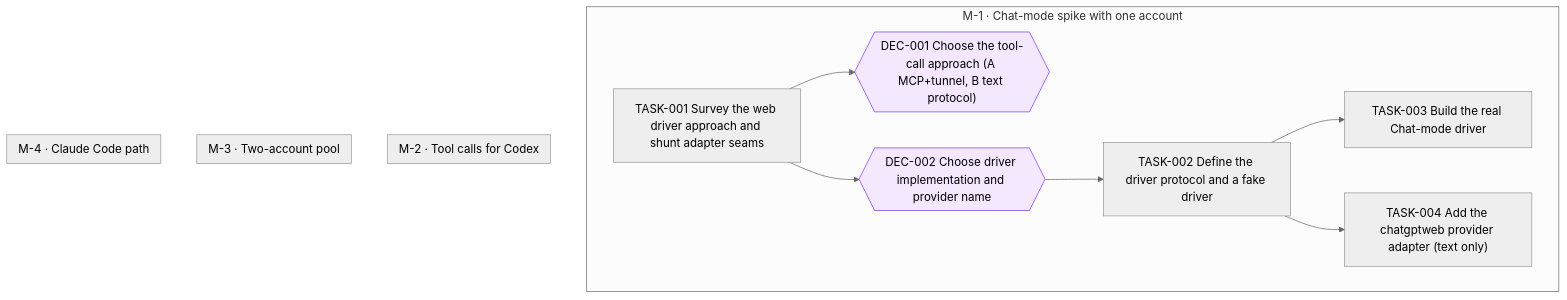
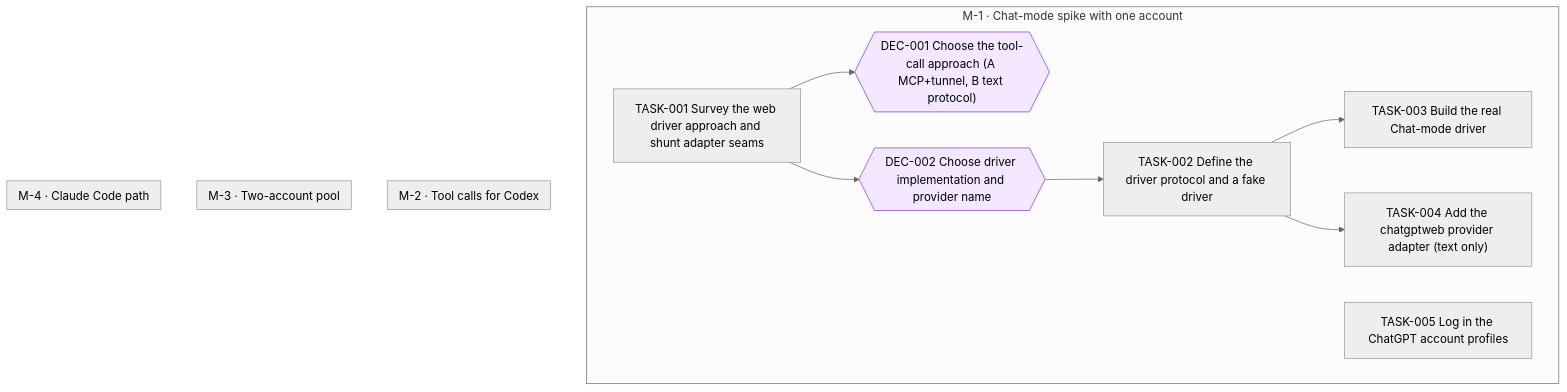
The diagram in goals/chatgptweb-provider/README.md (jesusvillota/shunt), drawn with Mermaid (neutral theme) before and after one commit. The commit also changed 1 other file, not shown here.

Commit message:
goal(chatgptweb-provider): add TASK-005 Log in the ChatGPT account profiles

````diff
--- a/goals/chatgptweb-provider/README.md
+++ b/goals/chatgptweb-provider/README.md
@@ -132,27 +132,28 @@
 ```mermaid
 flowchart TD
   subgraph M_1["M-1 · Chat-mode spike with one account"]
     DEC_001{{"DEC-001 Choose the tool-call approach (A MCP+tunnel, B text protocol)"}}
     DEC_002{{"DEC-002 Choose driver implementation and provider name"}}
     TASK_001["TASK-001 Survey the web driver approach and shunt adapter seams"]
     TASK_002["TASK-002 Define the driver protocol and a fake driver"]
     TASK_003["TASK-003 Build the real Chat-mode driver"]
     TASK_004["TASK-004 Add the chatgptweb provider adapter (text only)"]
+    TASK_005["TASK-005 Log in the ChatGPT account profiles"]
   end
   subgraph M_2["M-2 · Tool calls for Codex"]
   end
   subgraph M_3["M-3 · Two-account pool"]
   end
   subgraph M_4["M-4 · Claude Code path"]
   end
   TASK_001 --> DEC_001
   TASK_001 --> DEC_002
   DEC_002 --> TASK_002
   TASK_002 --> TASK_003
   TASK_002 --> TASK_004
   classDef draft stroke-dasharray: 4 3
   classDef cancelled opacity:0.45
   classDef decision fill:#f3e8ff,stroke:#7c3aed
   class DEC_001 decision
   class DEC_002 decision
 ```
````
